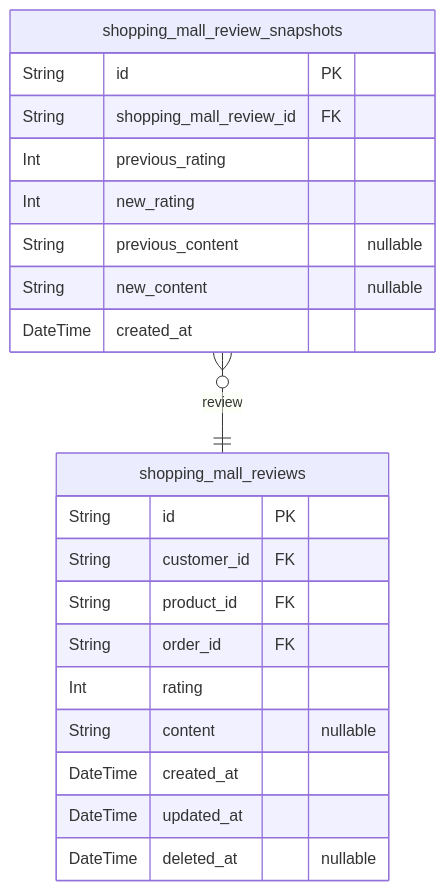
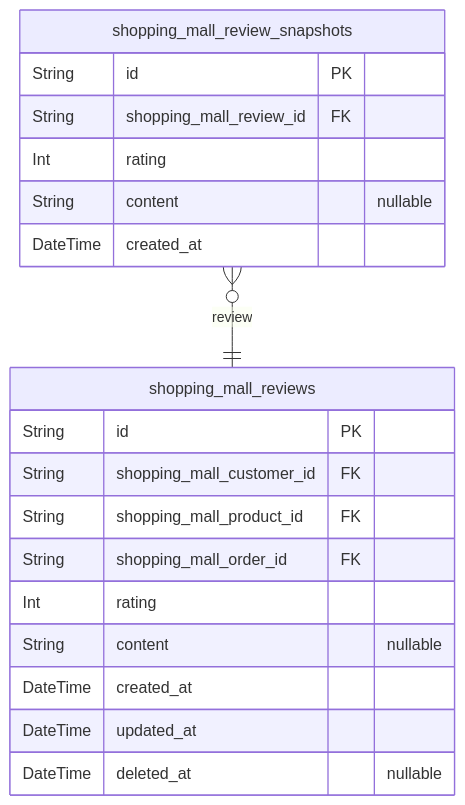
The eighth of 9 diagrams in z-ai/glm-5/shopping/docs/ERD.md (wrtnlabs/autobe-examples), drawn with Mermaid before and after one commit. The commit also changed other lines of this file and 17098 other files, not shown here.

````diff
--- a/z-ai/glm-5/shopping/docs/ERD.md
+++ b/z-ai/glm-5/shopping/docs/ERD.md
@@ -1629,24 +1544,22 @@
 ```mermaid
 erDiagram
 "shopping_mall_reviews" {
   String id PK
-  String customer_id FK
-  String product_id FK
-  String order_id FK
+  String shopping_mall_customer_id FK
+  String shopping_mall_product_id FK
+  String shopping_mall_order_id FK
   Int rating
   String content "nullable"
   DateTime created_at
   DateTime updated_at
   DateTime deleted_at "nullable"
 }
 "shopping_mall_review_snapshots" {
   String id PK
   String shopping_mall_review_id FK
-  Int previous_rating
-  Int new_rating
-  String previous_content "nullable"
-  String new_content "nullable"
+  Int rating
+  String content "nullable"
   DateTime created_at
 }
 "shopping_mall_review_snapshots" }o--|| "shopping_mall_reviews" : review
 ```
````
